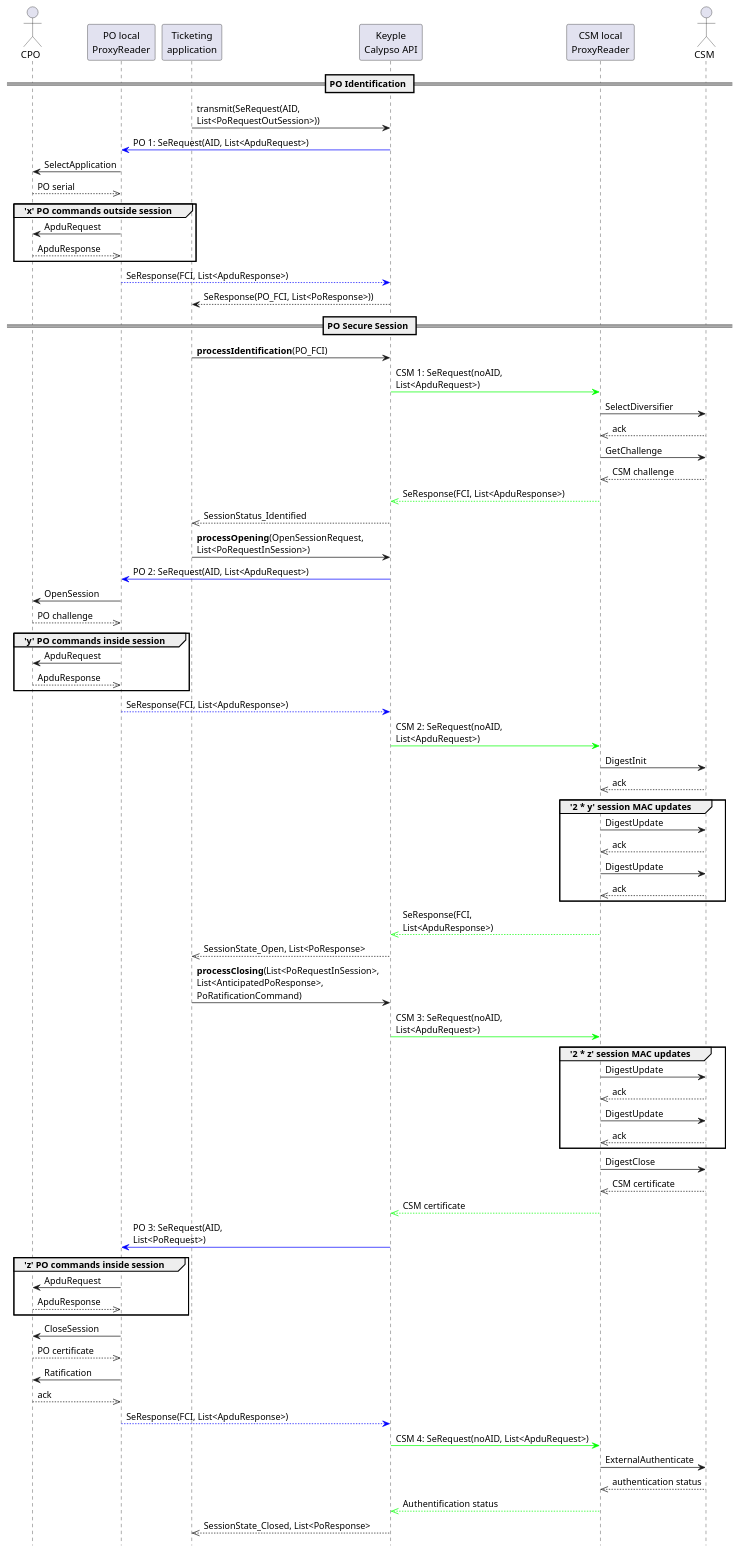
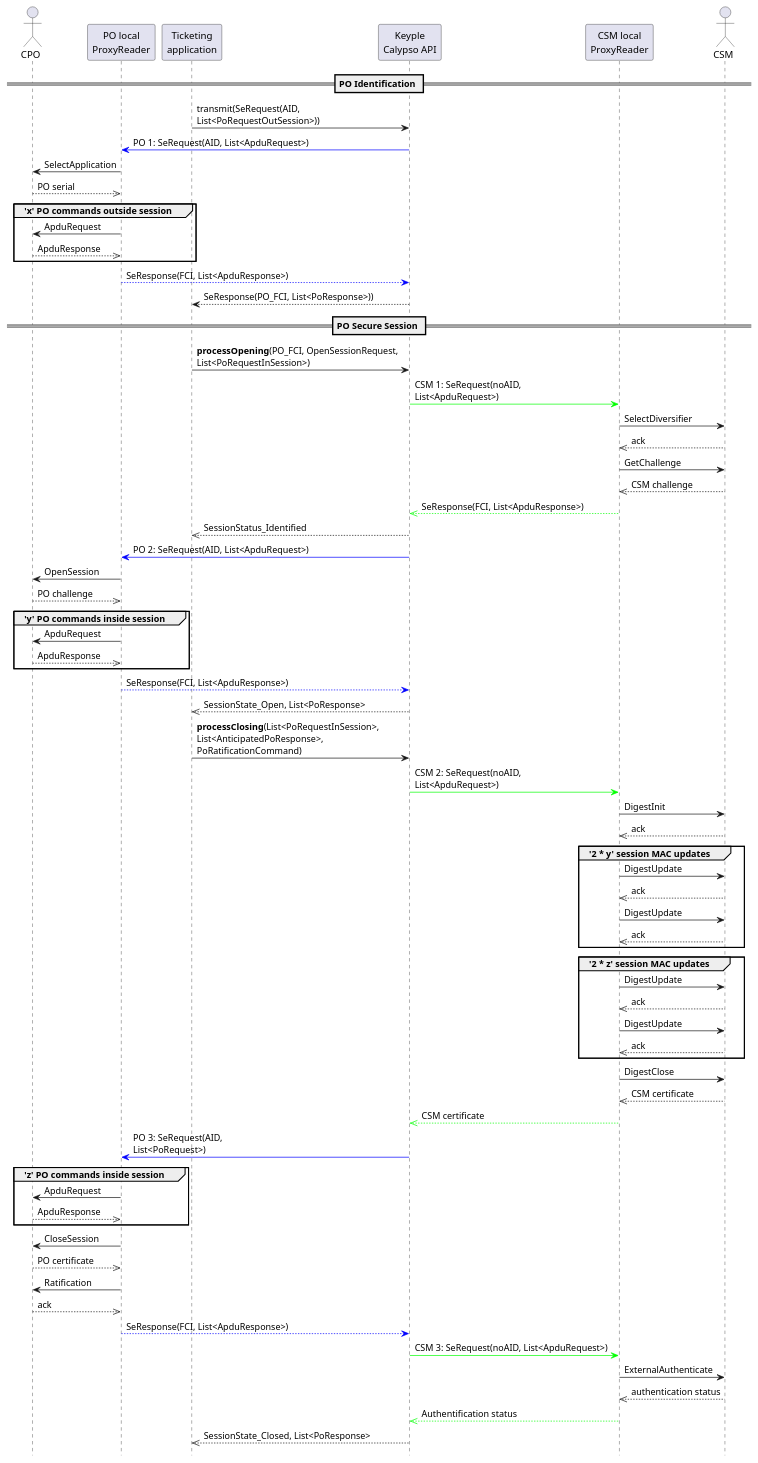
The diagram in keyple-extension-calypso-spec/src/iuml/KeypleSequenceDiagram_CalypsoTransaction_3stepsSecureSession.iuml (yvonneyam/keyple-doc-yy), drawn with PlantUML before and after one commit.

Commit message:
Update PO secure session - CSM Digest grouping

```diff
--- a/keyple-extension-calypso-spec/src/iuml/KeypleSequenceDiagram_CalypsoTransaction_3stepsSecureSession.iuml
+++ b/keyple-extension-calypso-spec/src/iuml/KeypleSequenceDiagram_CalypsoTransaction_3stepsSecureSession.iuml
@@ -7,82 +7,80 @@
 @startuml
 hide footbox
 
 actor CPO as PO
 participant "PO local\nProxyReader" as POR
 participant "Ticketing\napplication" as TA
 participant "Keyple\nCalypso API" as KC
 participant "CSM local\nProxyReader" as SMR
 actor CSM as SM
 
 == PO Identification ==
 
 TA->KC: transmit(SeRequest(AID,\nList<PoRequestOutSession>))
 POR<[#0000FF]-KC: PO 1: SeRequest(AID, List<ApduRequest>)
 PO<-POR: SelectApplication
 PO-->>POR: PO serial
 group 'x' PO commands outside session
 PO<-POR: ApduRequest
 PO-->>POR: ApduResponse
 end
 POR--[#0000FF]>KC: SeResponse(FCI, List<ApduResponse>)
 TA<--KC: SeResponse(PO_FCI, List<PoResponse>))
 
 == PO Secure Session ==
 
-TA->KC: **processIdentification**(PO_FCI)
+TA->KC: **processOpening**(PO_FCI, OpenSessionRequest,\nList<PoRequestInSession>)
 KC-[#00FF00]>SMR: CSM 1: SeRequest(noAID,\nList<ApduRequest>)
 SMR->SM: SelectDiversifier
 SMR<<--SM: ack
 SMR->SM: GetChallenge
 SMR<<--SM: CSM challenge
 KC<<[#00FF00]--SMR: SeResponse(FCI, List<ApduResponse>)
 TA<<--KC: SessionStatus_Identified
-
-TA->KC: **processOpening**(OpenSessionRequest,\nList<PoRequestInSession>)
 POR<[#0000FF]-KC: PO 2: SeRequest(AID, List<ApduRequest>)
 PO<-POR: OpenSession
 PO-->>POR: PO challenge
 group 'y' PO commands inside session
 PO<-POR: ApduRequest
 PO-->>POR: ApduResponse
 end
 POR--[#0000FF]>KC: SeResponse(FCI, List<ApduResponse>)
+
+TA<<--KC: SessionState_Open, List<PoResponse>
+
+TA->KC: **processClosing**(List<PoRequestInSession>,\nList<AnticipatedPoResponse>,\nPoRatificationCommand)
+
 KC-[#00FF00]>SMR: CSM 2: SeRequest(noAID,\nList<ApduRequest>)
 SMR->SM: DigestInit
 SMR<<--SM:ack
 group '2 * y' session MAC updates
 SMR->SM: DigestUpdate
 SMR<<--SM: ack
 SMR->SM: DigestUpdate
 SMR<<--SM: ack
 end
-KC<<[#00FF00]--SMR: SeResponse(FCI,\nList<ApduResponse>)
-TA<<--KC: SessionState_Open, List<PoResponse>
-
-TA->KC: **processClosing**(List<PoRequestInSession>,\nList<AnticipatedPoResponse>,\nPoRatificationCommand)
-KC-[#00FF00]>SMR: CSM 3: SeRequest(noAID,\nList<ApduRequest>)
 group '2 * z' session MAC updates
 SMR->SM: DigestUpdate
 SMR<<--SM: ack
 SMR->SM: DigestUpdate
 SMR<<--SM: ack
 end
 SMR->SM: DigestClose
 SMR<<--SM: CSM certificate
 KC<<[#00FF00]--SMR: CSM certificate
 POR<[#0000FF]-KC: PO 3: SeRequest(AID,\nList<PoRequest>)
 group 'z' PO commands inside session
 PO<-POR: ApduRequest
 PO-->>POR: ApduResponse
 end
 PO<-POR: CloseSession
 PO-->>POR: PO certificate
 PO<-POR: Ratification
 PO-->>POR: ack
 POR--[#0000FF]>KC: SeResponse(FCI, List<ApduResponse>)
-KC-[#00FF00]>SMR: CSM 4: SeRequest(noAID, List<ApduRequest>)
+KC-[#00FF00]>SMR: CSM 3: SeRequest(noAID, List<ApduRequest>)
 SMR->SM: ExternalAuthenticate
 SMR<<--SM: authentication status
 KC<<[#00FF00]--SMR: Authentification status
 TA<<--KC: SessionState_Closed, List<PoResponse>
 @enduml
```
